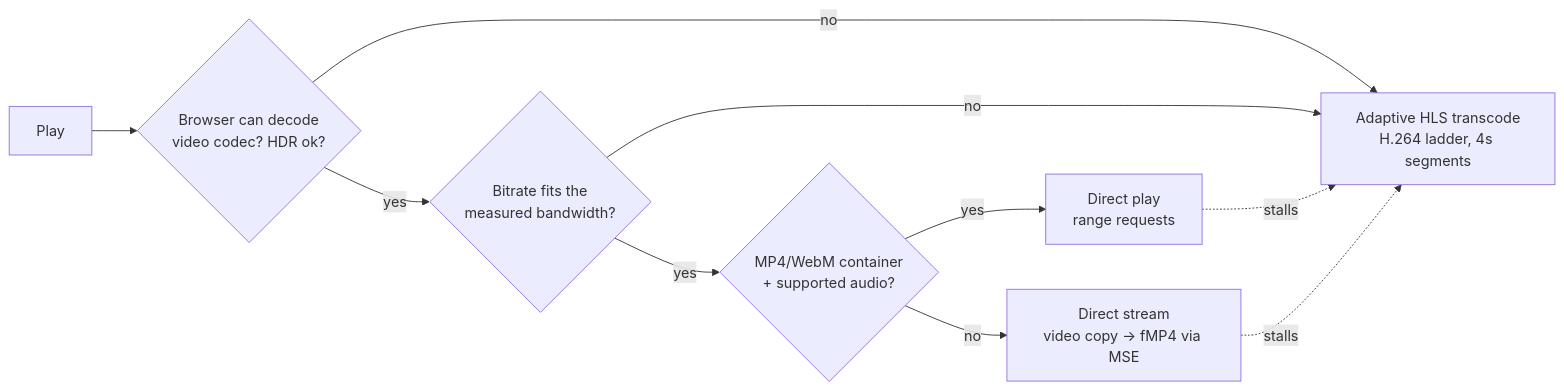
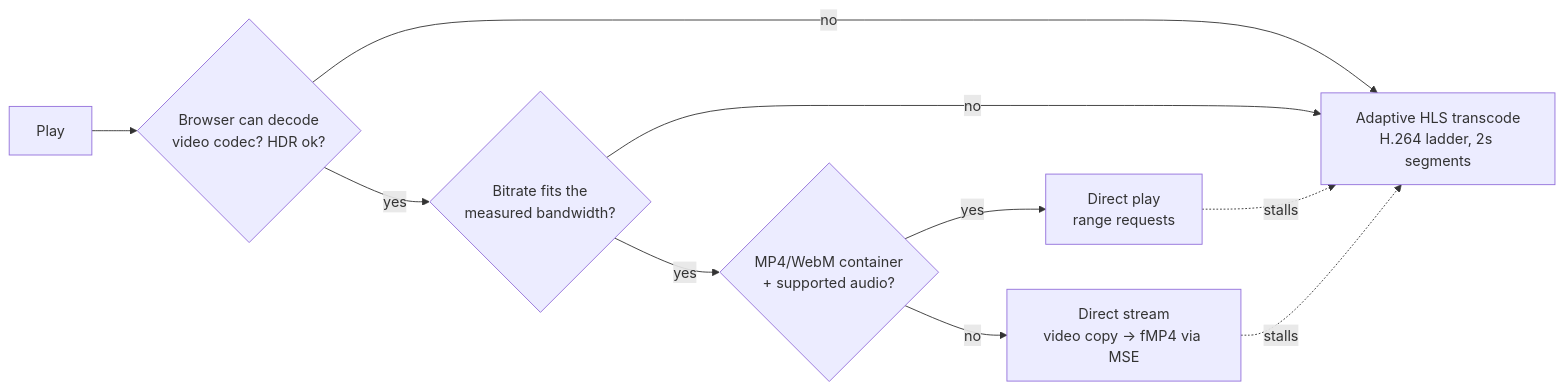
Before and after one commit to erosbalint3/streamarr: the diagram in README.md, drawn with Mermaid. The commit also changed other lines of this file and 6 other files, not shown here.

````diff
--- a/README.md
+++ b/README.md
@@ -26,12 +27,12 @@
 ```mermaid
 flowchart LR
   A[Play] --> B{Browser can decode<br/>video codec? HDR ok?}
-  B -- no --> T[Adaptive HLS transcode<br/>H.264 ladder, 4s segments]
+  B -- no --> T[Adaptive HLS transcode<br/>H.264 ladder, 2s segments]
   B -- yes --> C{Bitrate fits the<br/>measured bandwidth?}
   C -- no --> T
   C -- yes --> D{MP4/WebM container<br/>+ supported audio?}
   D -- yes --> P[Direct play<br/>range requests]
   D -- no --> R[Direct stream<br/>video copy → fMP4 via MSE]
   P -. stalls .-> T
   R -. stalls .-> T
 ```
````
